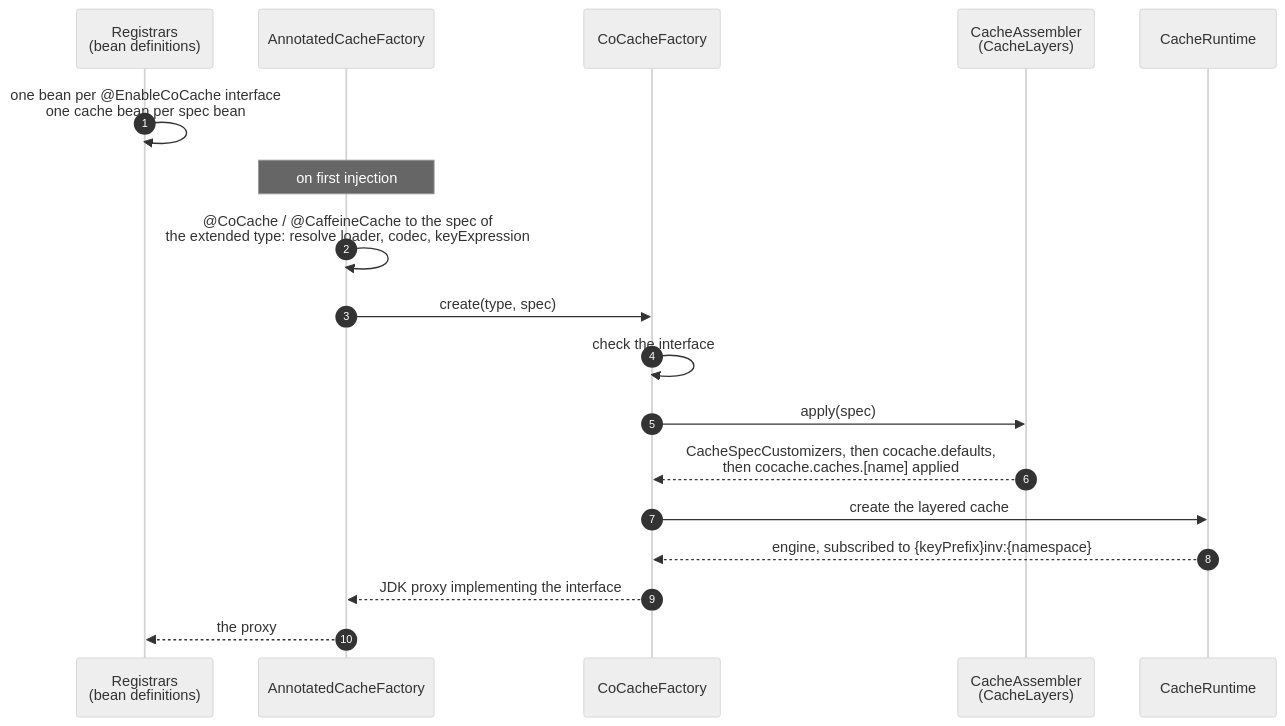
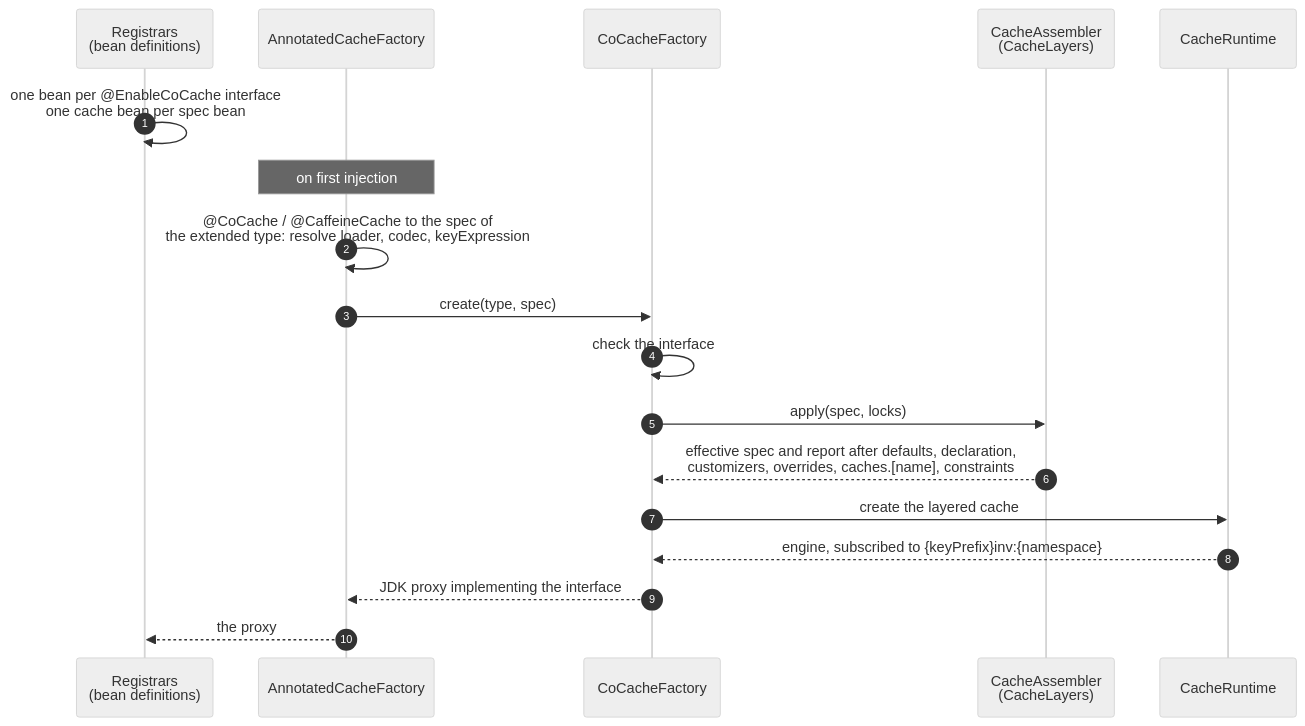
Before and after one commit to Ahoo-Wang/CoCache: the second of 2 diagrams in wiki/architecture/index.md, drawn with Mermaid (neutral theme). The commit also changed other lines of this file and 78 other files, not shown here.

````diff
--- a/wiki/architecture/index.md
+++ b/wiki/architecture/index.md
@@ -97,20 +97,20 @@
 ```mermaid
 sequenceDiagram
     autonumber
     participant Reg as Registrars<br>(bean definitions)
     participant Fac as AnnotatedCacheFactory
     participant F as CoCacheFactory
     participant Asm as CacheAssembler<br>(CacheLayers)
     participant RT as CacheRuntime
     Reg->>Reg: one bean per @EnableCoCache interface<br>one cache bean per spec bean
     Note over Fac: on first injection
     Fac->>Fac: @CoCache / @CaffeineCache to the spec of<br>the extended type: resolve loader, codec, keyExpression
     Fac->>F: create(type, spec)
     F->>F: check the interface
-    F->>Asm: apply(spec)
-    Asm-->>F: CacheSpecCustomizers, then cocache.defaults,<br>then cocache.caches.[name] applied
+    F->>Asm: apply(spec, locks)
+    Asm-->>F: effective spec and report after defaults, declaration,<br>customizers, overrides, caches.[name], constraints
     F->>RT: create the layered cache
     RT-->>F: engine, subscribed to {keyPrefix}inv:{namespace}
     F-->>Fac: JDK proxy implementing the interface
     Fac-->>Reg: the proxy
 ```
````
